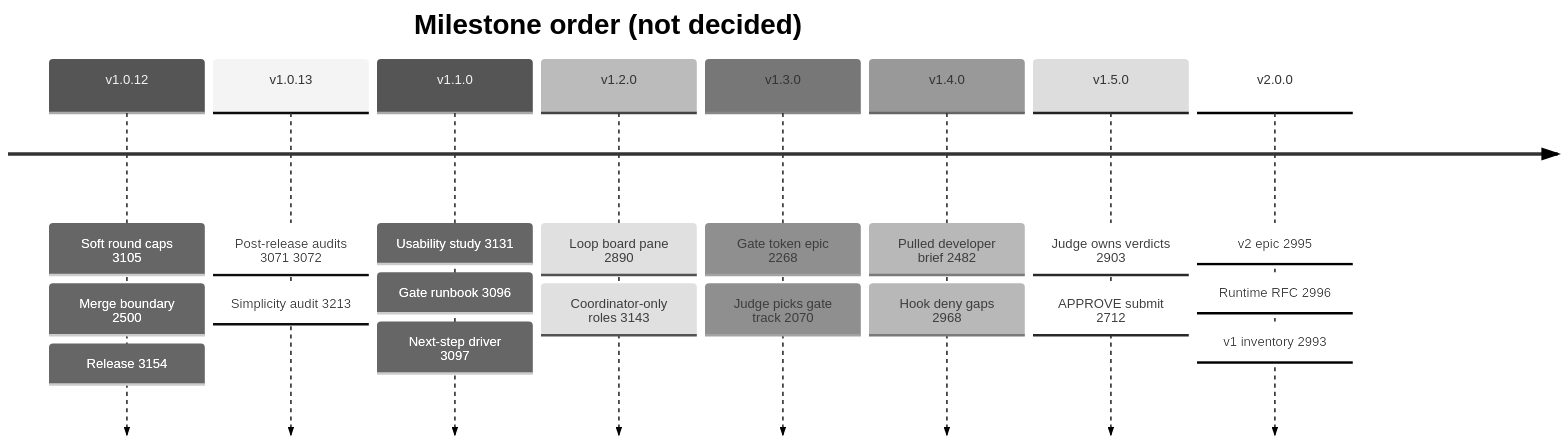
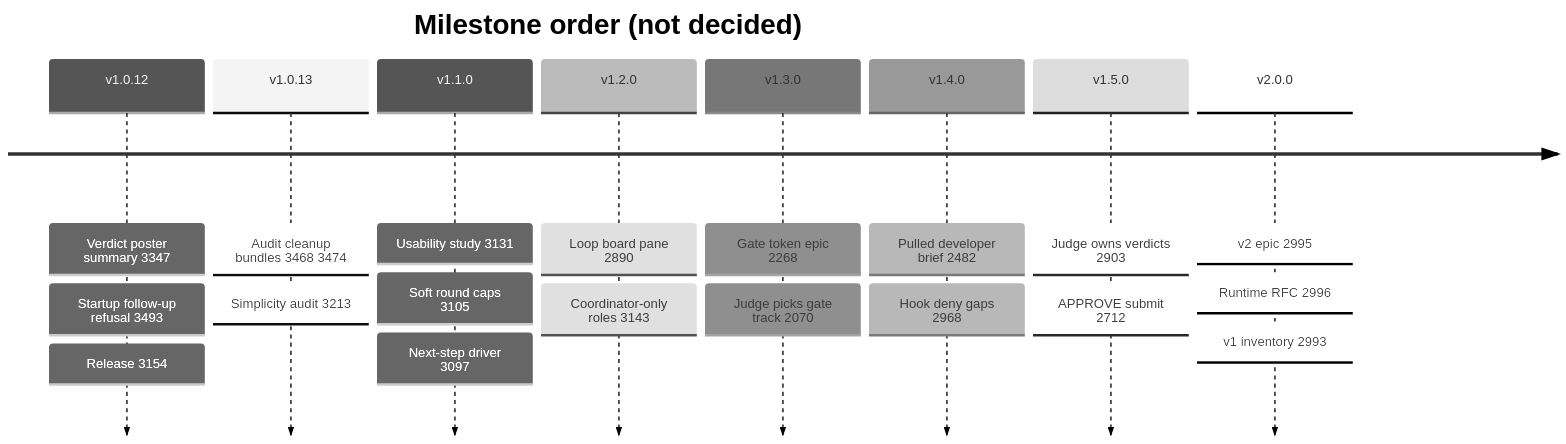
Before and after one commit to mfittko/dev-loops: the fifth of 11 diagrams in docs/atlas/14-roadmap.md, drawn with Mermaid (neutral theme). The commit also changed other lines of this file, not shown here.

First line of the commit message:
docs(atlas): refresh section 14-roadmap to f6619004d

````diff
--- a/docs/atlas/14-roadmap.md
+++ b/docs/atlas/14-roadmap.md
@@ -128,12 +128,12 @@
 ```mermaid
 timeline
     title Milestone order (not decided)
-    v1.0.12 : Soft round caps 3105 : Merge boundary 2500 : Release 3154
-    v1.0.13 : Post-release audits 3071 3072 : Simplicity audit 3213
-    v1.1.0 : Usability study 3131 : Gate runbook 3096 : Next-step driver 3097
+    v1.0.12 : Verdict poster summary 3347 : Startup follow-up refusal 3493 : Release 3154
+    v1.0.13 : Audit cleanup bundles 3468 3474 : Simplicity audit 3213
+    v1.1.0 : Usability study 3131 : Soft round caps 3105 : Next-step driver 3097
     v1.2.0 : Loop board pane 2890 : Coordinator-only roles 3143
     v1.3.0 : Gate token epic 2268 : Judge picks gate track 2070
     v1.4.0 : Pulled developer brief 2482 : Hook deny gaps 2968
     v1.5.0 : Judge owns verdicts 2903 : APPROVE submit 2712
     v2.0.0 : v2 epic 2995 : Runtime RFC 2996 : v1 inventory 2993
 ```
````
